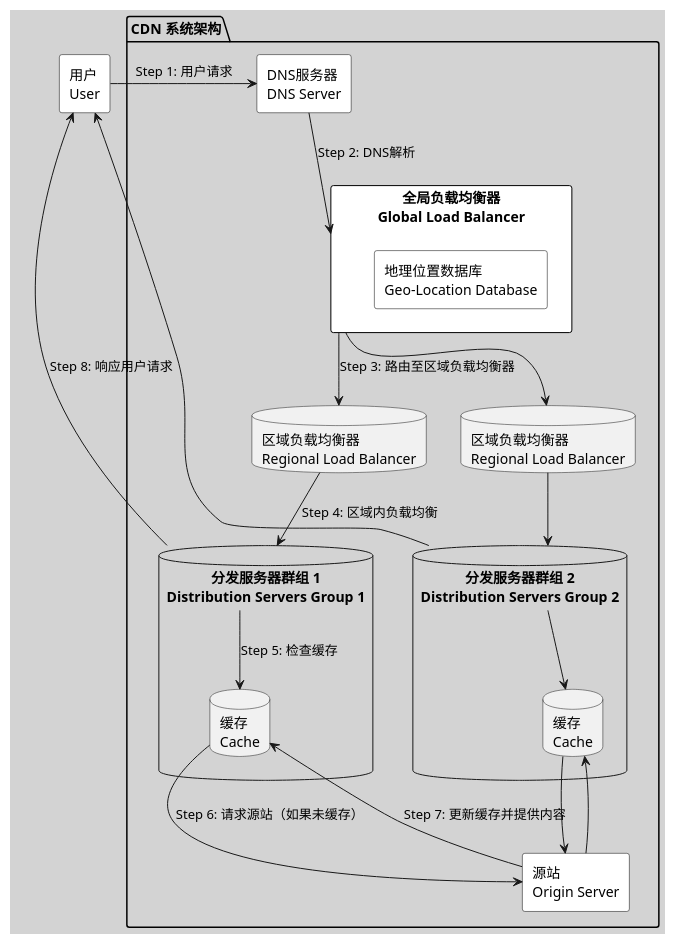
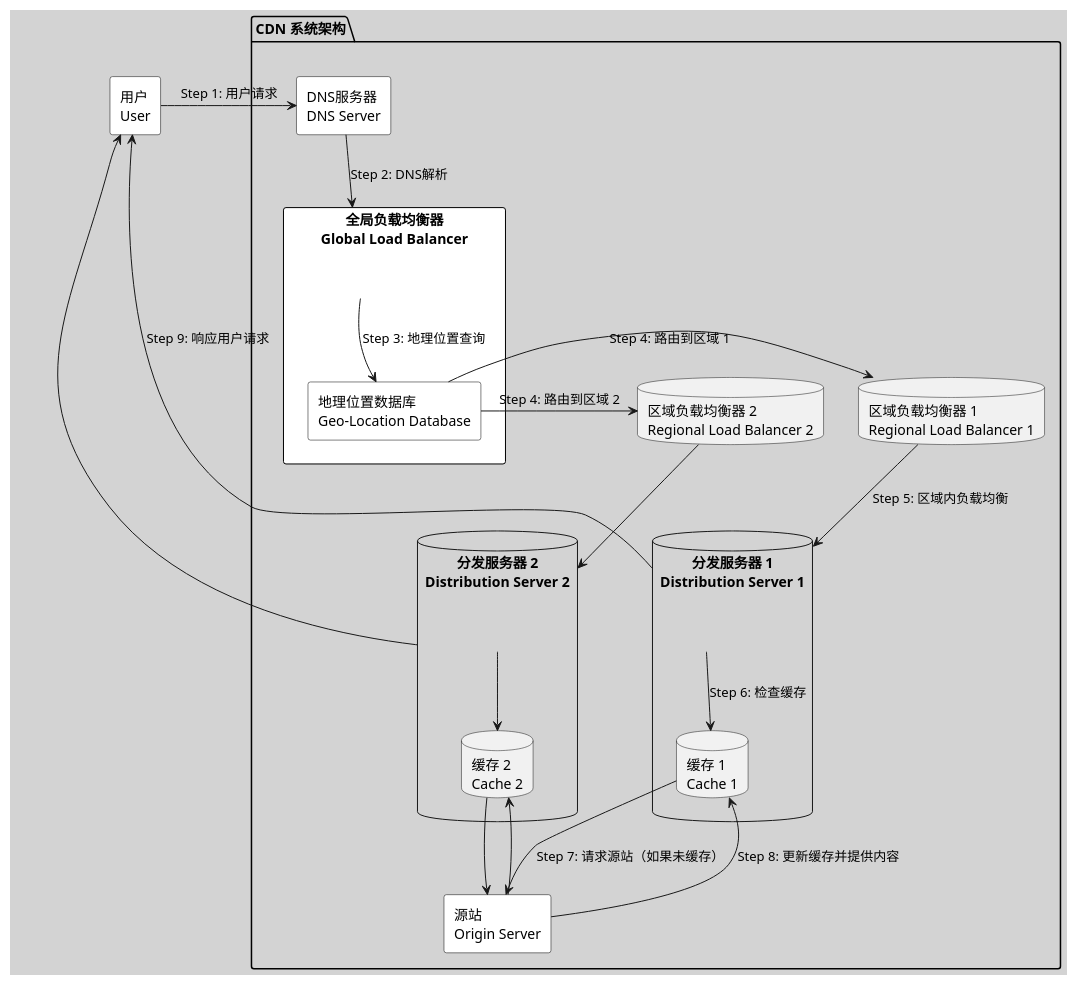
The diagram in architecture_diagrams/cdn_architecture_diagram.puml (huangyingw/system_design), drawn with PlantUML before and after one commit.

```diff
--- a/architecture_diagrams/cdn_architecture_diagram.puml
+++ b/architecture_diagrams/cdn_architecture_diagram.puml
@@ -1,47 +1,48 @@
 @startuml
 skinparam backgroundColor #D3D3D3
 skinparam rectangle {
   BackgroundColor White
   BorderColor Black
   Shadowing false
 }
 
 package "CDN 系统架构" {
     RECTANGLE "源站\nOrigin Server" as Origin
     
     RECTANGLE "全局负载均衡器\nGlobal Load Balancer" as GLB {
         RECTANGLE "地理位置数据库\nGeo-Location Database" as GeoDB
     }
     
-    DATABASE "区域负载均衡器\nRegional Load Balancer" as RLB1
-    DATABASE "区域负载均衡器\nRegional Load Balancer" as RLB2
+    DATABASE "区域负载均衡器 1\nRegional Load Balancer 1" as RLB1
+    DATABASE "区域负载均衡器 2\nRegional Load Balancer 2" as RLB2
     
-    DATABASE "分发服务器群组 1\nDistribution Servers Group 1" as DSG1 {
-        DATABASE "缓存\nCache" as Cache1
+    DATABASE "分发服务器 1\nDistribution Server 1" as DS1 {
+        DATABASE "缓存 1\nCache 1" as Cache1
     }
     
-    DATABASE "分发服务器群组 2\nDistribution Servers Group 2" as DSG2 {
-        DATABASE "缓存\nCache" as Cache2
+    DATABASE "分发服务器 2\nDistribution Server 2" as DS2 {
+        DATABASE "缓存 2\nCache 2" as Cache2
     }
 
     RECTANGLE "DNS服务器\nDNS Server" as DNSServer
 
     DNSServer -down-> GLB : "Step 2: DNS解析"
-    GLB -down-> RLB1 : "Step 3: 路由至区域负载均衡器"
-    GLB -down-> RLB2
-    RLB1 -down-> DSG1 : "Step 4: 区域内负载均衡"
-    RLB2 -down-> DSG2
-    DSG1 -down-> Cache1 : "Step 5: 检查缓存"
-    DSG2 -down-> Cache2
-    Cache1 -down-> Origin : "Step 6: 请求源站（如果未缓存）"
+    GLB -down-> GeoDB : "Step 3: 地理位置查询"
+    GeoDB -left-> RLB1 : "Step 4: 路由到区域 1"
+    GeoDB -right-> RLB2 : "Step 4: 路由到区域 2"
+    RLB1 -down-> DS1 : "Step 5: 区域内负载均衡"
+    RLB2 -down-> DS2
+    DS1 -down-> Cache1 : "Step 6: 检查缓存"
+    DS2 -down-> Cache2
+    Cache1 -down-> Origin : "Step 7: 请求源站（如果未缓存）"
     Cache2 -down-> Origin
-    Origin -up-> Cache1 : "Step 7: 更新缓存并提供内容"
+    Origin -up-> Cache1 : "Step 8: 更新缓存并提供内容"
     Origin -up-> Cache2
 }
 
 RECTANGLE "用户\nUser" as User
 User -right-> DNSServer : "Step 1: 用户请求"
-DSG1 -up-> User : "Step 8: 响应用户请求"
-DSG2 -up-> User
+DS1 -up-> User : "Step 9: 响应用户请求"
+DS2 -up-> User
 
 @enduml
```
